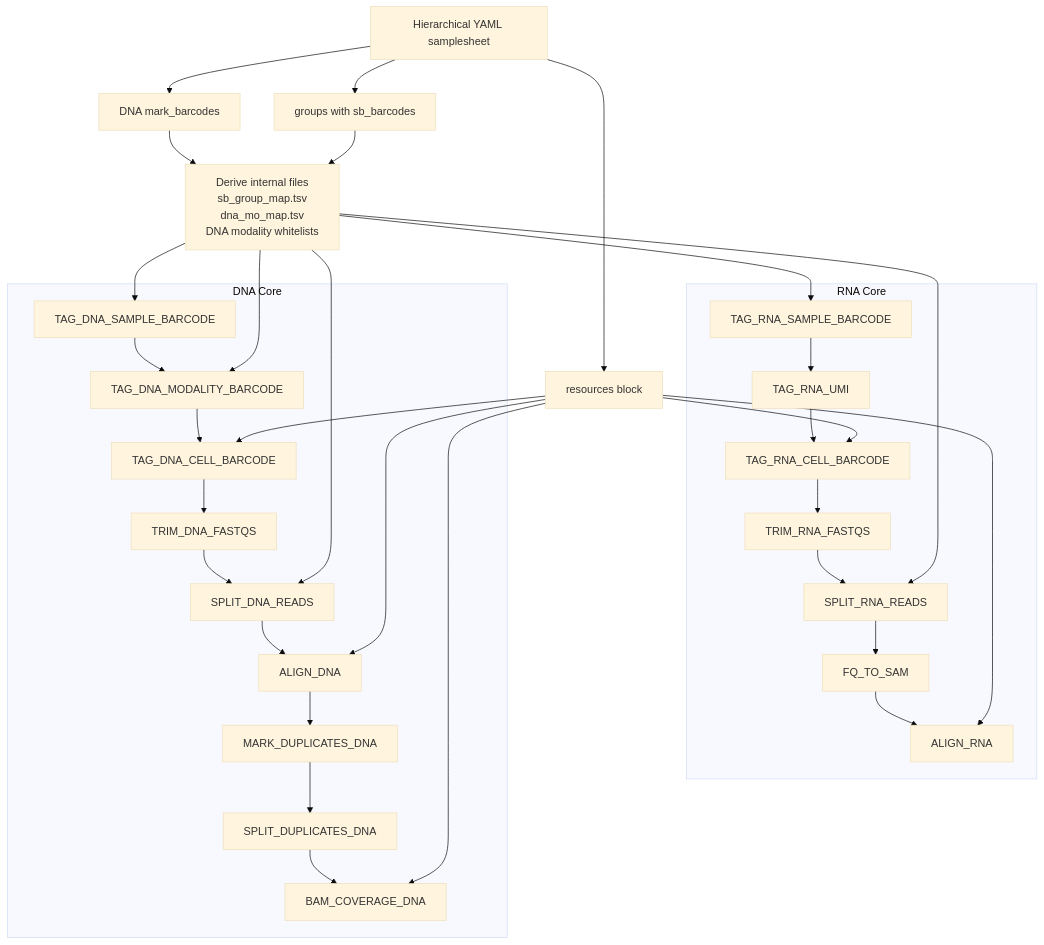
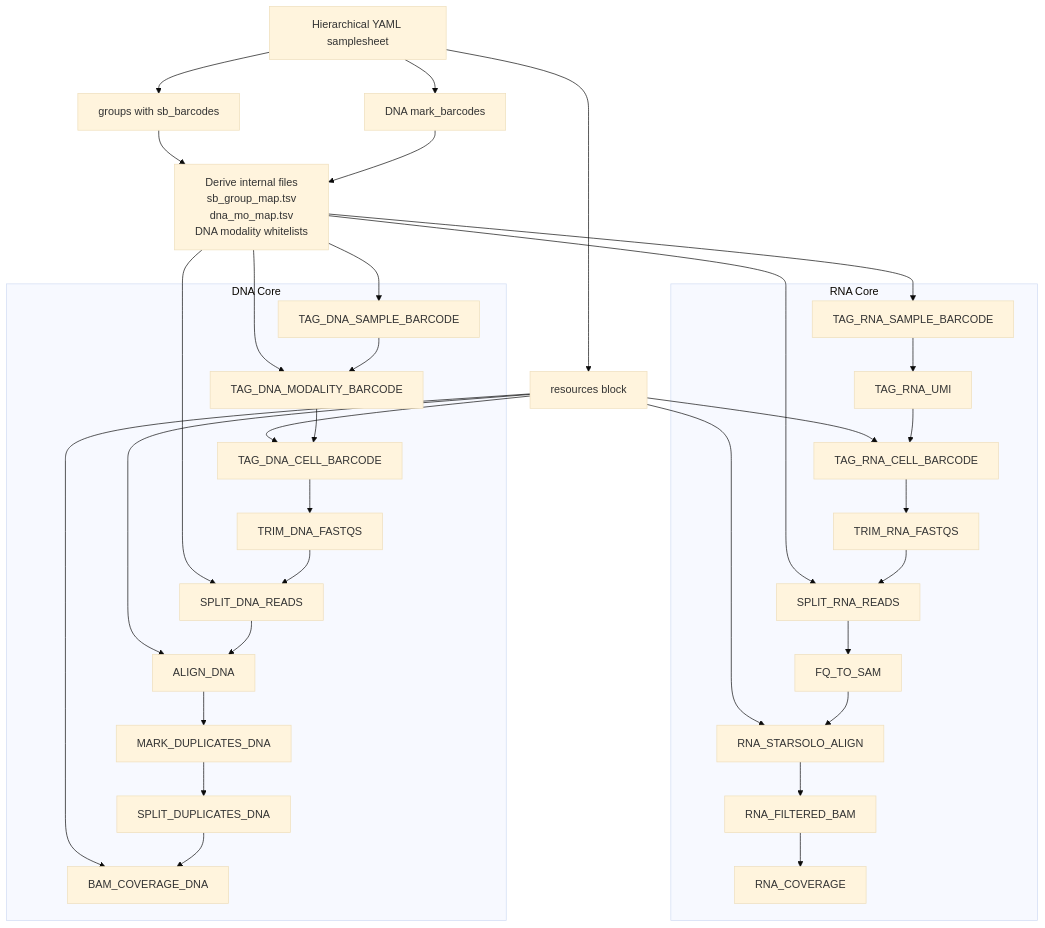
Before and after one commit to CSOgroup/TrESFlow: the diagram in docs/architecture/implemented_pipeline.md, drawn with Mermaid (base theme). The commit also changed other lines of this file and 14 other files, not shown here.

Commit message:
Split Align RNA in 3 subworkflows

````diff
--- a/docs/architecture/implemented_pipeline.md
+++ b/docs/architecture/implemented_pipeline.md
@@ -8,49 +8,51 @@
 ```mermaid
 flowchart TD
     SS[Hierarchical YAML samplesheet]
     RES[resources block]
     GROUPS[groups with sb_barcodes]
     DNAMARKS[DNA mark_barcodes]
     DERIVE[Derive internal files\nsb_group_map.tsv\ndna_mo_map.tsv\nDNA modality whitelists]
 
     SS --> RES
     SS --> GROUPS
     SS --> DNAMARKS
     GROUPS --> DERIVE
     DNAMARKS --> DERIVE
 
     RES --> RNA2
     RES --> RNA6
     RES --> DNA2
     RES --> DNA5
     RES --> DNA8
     DERIVE --> RNA0
     DERIVE --> RNA4
     DERIVE --> DNA0
     DERIVE --> DNA1
     DERIVE --> DNA4
 
     subgraph RNA_Core[RNA Core]
         RNA0[TAG_RNA_SAMPLE_BARCODE]
         RNA1[TAG_RNA_UMI]
         RNA2[TAG_RNA_CELL_BARCODE]
         RNA3[TRIM_RNA_FASTQS]
         RNA4[SPLIT_RNA_READS]
         RNA5[FQ_TO_SAM]
-        RNA6[ALIGN_RNA]
-        RNA0 --> RNA1 --> RNA2 --> RNA3 --> RNA4 --> RNA5 --> RNA6
+        RNA6[RNA_STARSOLO_ALIGN]
+        RNA7[RNA_FILTERED_BAM]
+        RNA8[RNA_COVERAGE]
+        RNA0 --> RNA1 --> RNA2 --> RNA3 --> RNA4 --> RNA5 --> RNA6 --> RNA7 --> RNA8
     end
 
     subgraph DNA_Core[DNA Core]
         DNA0[TAG_DNA_SAMPLE_BARCODE]
         DNA1[TAG_DNA_MODALITY_BARCODE]
         DNA2[TAG_DNA_CELL_BARCODE]
         DNA3[TRIM_DNA_FASTQS]
         DNA4[SPLIT_DNA_READS]
         DNA5[ALIGN_DNA]
         DNA6[MARK_DUPLICATES_DNA]
         DNA7[SPLIT_DUPLICATES_DNA]
         DNA8[BAM_COVERAGE_DNA]
         DNA0 --> DNA1 --> DNA2 --> DNA3 --> DNA4 --> DNA5 --> DNA6 --> DNA7 --> DNA8
     end
 ```
````
